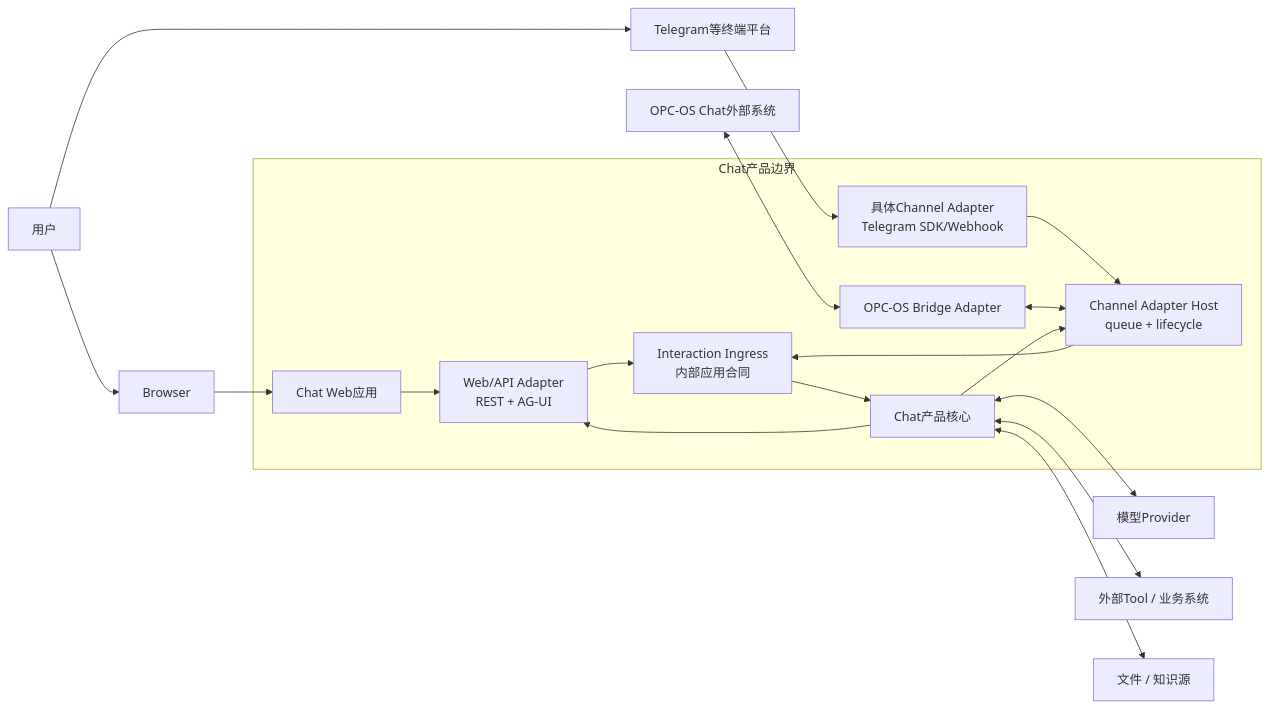
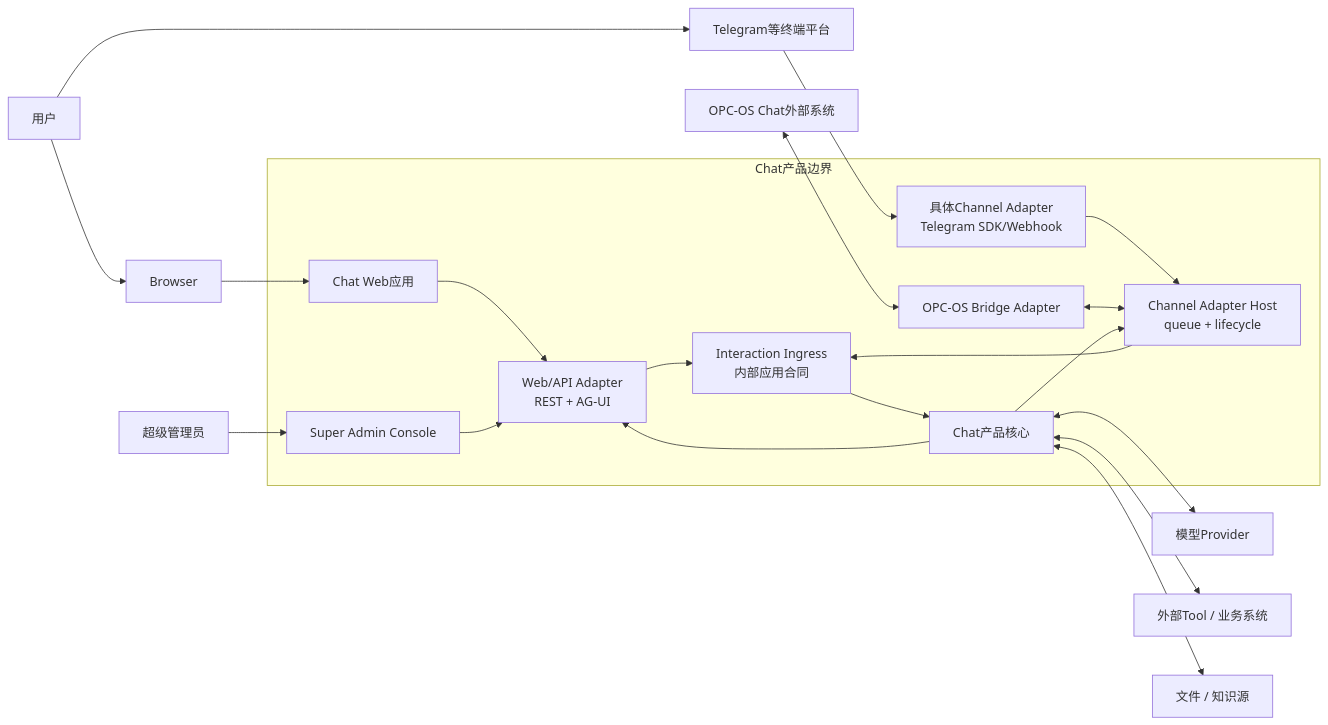
The first of 2 diagrams in docs/overall-architecture-proposal.md (later-3/Chat), drawn with Mermaid before and after one commit. The commit also changed other lines of this file and 129 other files, not shown here.

````diff
--- a/docs/overall-architecture-proposal.md
+++ b/docs/overall-architecture-proposal.md
@@ -52,33 +64,36 @@
 ```mermaid
 flowchart LR
     User["用户"]
+    SuperAdmin["超级管理员"]
     Browser["Browser"]
     Telegram["Telegram等终端平台"]
     OPCOS["OPC-OS Chat外部系统"]
 
     subgraph Chat["Chat产品边界"]
         Web["Chat Web应用"]
+        AdminConsole["Super Admin Console"]
         WebAdapter["Web/API Adapter\nREST + AG-UI"]
         TelegramAdapter["具体Channel Adapter\nTelegram SDK/Webhook"]
         OPCAdapter["OPC-OS Bridge Adapter"]
         Host["Channel Adapter Host\nqueue + lifecycle"]
         Ingress["Interaction Ingress\n内部应用合同"]
         Core["Chat产品核心"]
     end
 
     Models["模型Provider"]
     Tools["外部Tool / 业务系统"]
     Sources["文件 / 知识源"]
 
     User --> Browser --> Web --> WebAdapter
+    SuperAdmin --> AdminConsole --> WebAdapter
     User --> Telegram --> TelegramAdapter --> Host
     OPCOS <--> OPCAdapter <--> Host
     WebAdapter --> Ingress
     Host --> Ingress
     Ingress --> Core
     Core --> WebAdapter
     Core --> Host
     Core <--> Models
     Core <--> Tools
     Core <--> Sources
 ```
````
